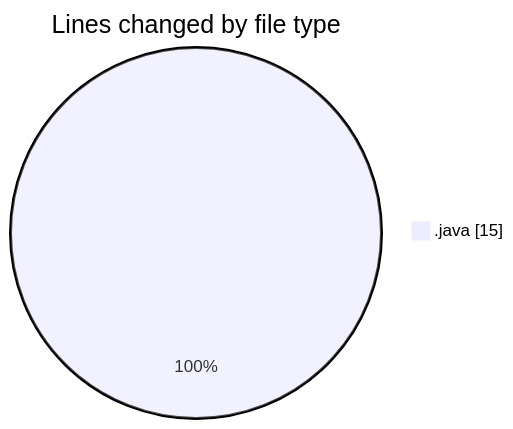
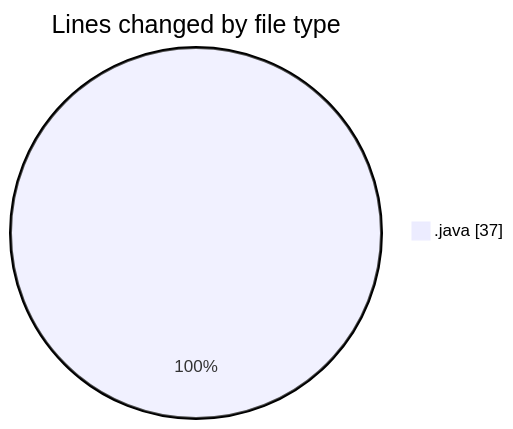
The first of 2 diagrams in 2025-02-03/java/README.md (NitaiMahat/code-tracking), drawn with Mermaid before and after one commit. The commit also changed other lines of this file and 1 other file, not shown here.

````diff
--- a/2025-02-03/java/README.md
+++ b/2025-02-03/java/README.md
@@ -20,5 +21,5 @@
 ```mermaid
 pie showData
 title Lines changed by file type
-".java" : 15
+".java" : 37
 ```
````
